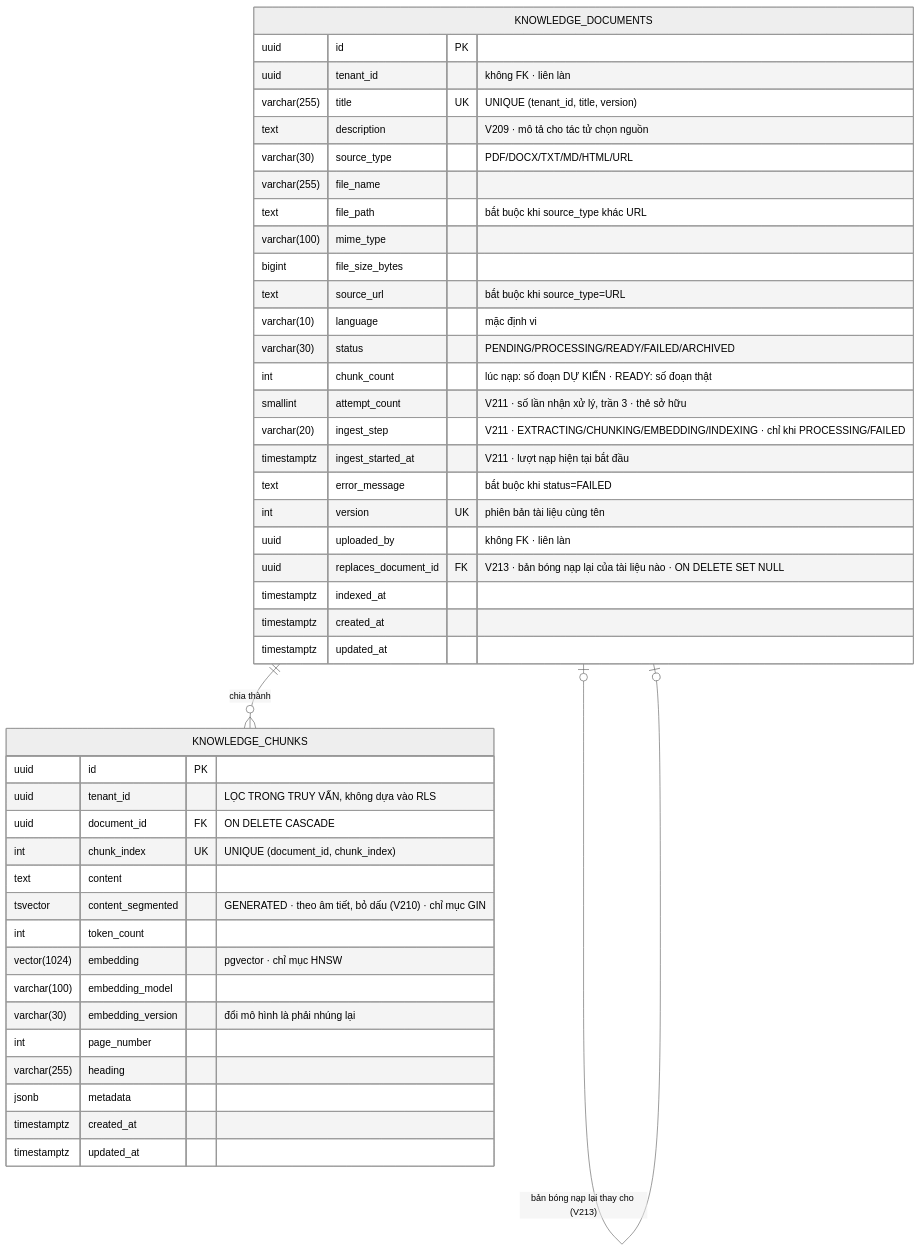
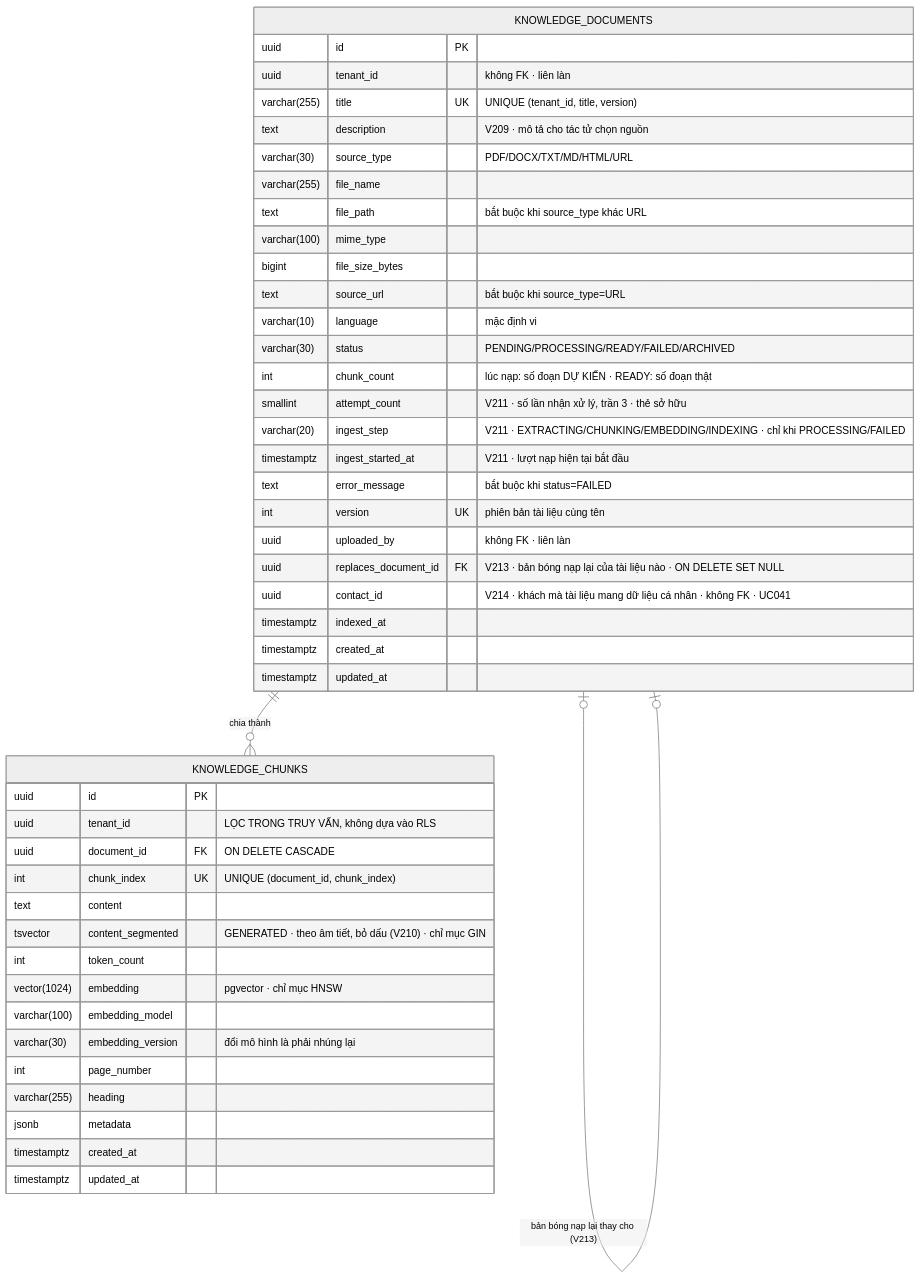
One commit to KhanhLanBui03/ai-crm-chatbot-platform changed the seventh of 10 diagrams in docs/erd-mermaid.md. Above: the diagram before and after it, drawn with Mermaid (neutral theme). The commit also changed 8 other files, not shown here.

````diff
--- a/docs/erd-mermaid.md
+++ b/docs/erd-mermaid.md
@@ -483,48 +483,49 @@
 ```mermaid
 erDiagram
     KNOWLEDGE_DOCUMENTS {
         uuid         id              PK
         uuid         tenant_id          "không FK · liên làn"
         varchar(255) title           UK "UNIQUE (tenant_id, title, version)"
         text         description        "V209 · mô tả cho tác tử chọn nguồn"
         varchar(30)  source_type        "PDF/DOCX/TXT/MD/HTML/URL"
         varchar(255) file_name
         text         file_path          "bắt buộc khi source_type khác URL"
         varchar(100) mime_type
         bigint       file_size_bytes
         text         source_url         "bắt buộc khi source_type=URL"
         varchar(10)  language           "mặc định vi"
         varchar(30)  status             "PENDING/PROCESSING/READY/FAILED/ARCHIVED"
         int          chunk_count        "lúc nạp: số đoạn DỰ KIẾN · READY: số đoạn thật"
         smallint     attempt_count      "V211 · số lần nhận xử lý, trần 3 · thẻ sở hữu"
         varchar(20)  ingest_step        "V211 · EXTRACTING/CHUNKING/EMBEDDING/INDEXING · chỉ khi PROCESSING/FAILED"
         timestamptz  ingest_started_at  "V211 · lượt nạp hiện tại bắt đầu"
         text         error_message      "bắt buộc khi status=FAILED"
         int          version         UK "phiên bản tài liệu cùng tên"
         uuid         uploaded_by        "không FK · liên làn"
         uuid         replaces_document_id FK "V213 · bản bóng nạp lại của tài liệu nào · ON DELETE SET NULL"
+        uuid         contact_id         "V214 · khách mà tài liệu mang dữ liệu cá nhân · không FK · UC041"
         timestamptz  indexed_at
         timestamptz  created_at
         timestamptz  updated_at
     }
     KNOWLEDGE_CHUNKS {
         uuid          id                PK
         uuid          tenant_id            "LỌC TRONG TRUY VẤN, không dựa vào RLS"
         uuid          document_id       FK "ON DELETE CASCADE"
         int           chunk_index       UK "UNIQUE (document_id, chunk_index)"
         text          content
         tsvector      content_segmented    "GENERATED · theo âm tiết, bỏ dấu (V210) · chỉ mục GIN"
         int           token_count
         vector(1024)  embedding            "pgvector · chỉ mục HNSW"
         varchar(100)  embedding_model
         varchar(30)   embedding_version    "đổi mô hình là phải nhúng lại"
         int           page_number
         varchar(255)  heading
         jsonb         metadata
         timestamptz   created_at
         timestamptz   updated_at
     }
 
     KNOWLEDGE_DOCUMENTS ||--o{ KNOWLEDGE_CHUNKS : "chia thành"
     KNOWLEDGE_DOCUMENTS |o--o| KNOWLEDGE_DOCUMENTS : "bản bóng nạp lại thay cho (V213)"
 ```
````
